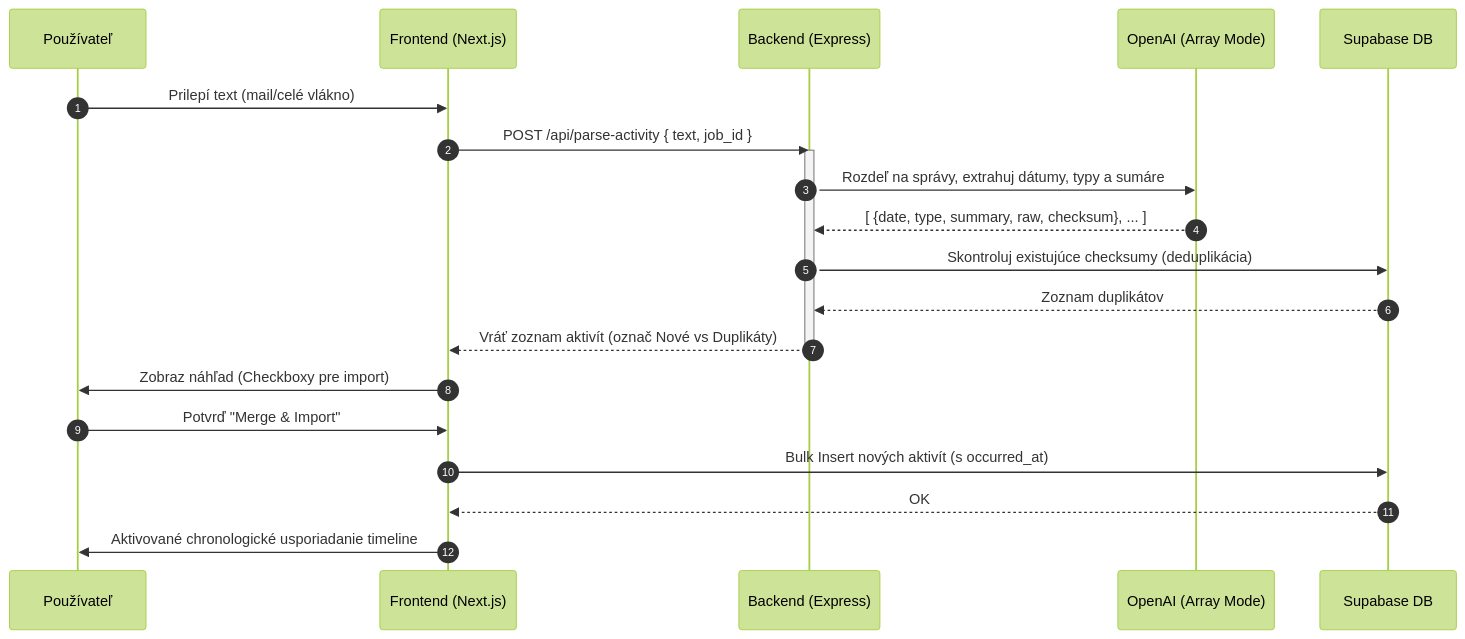
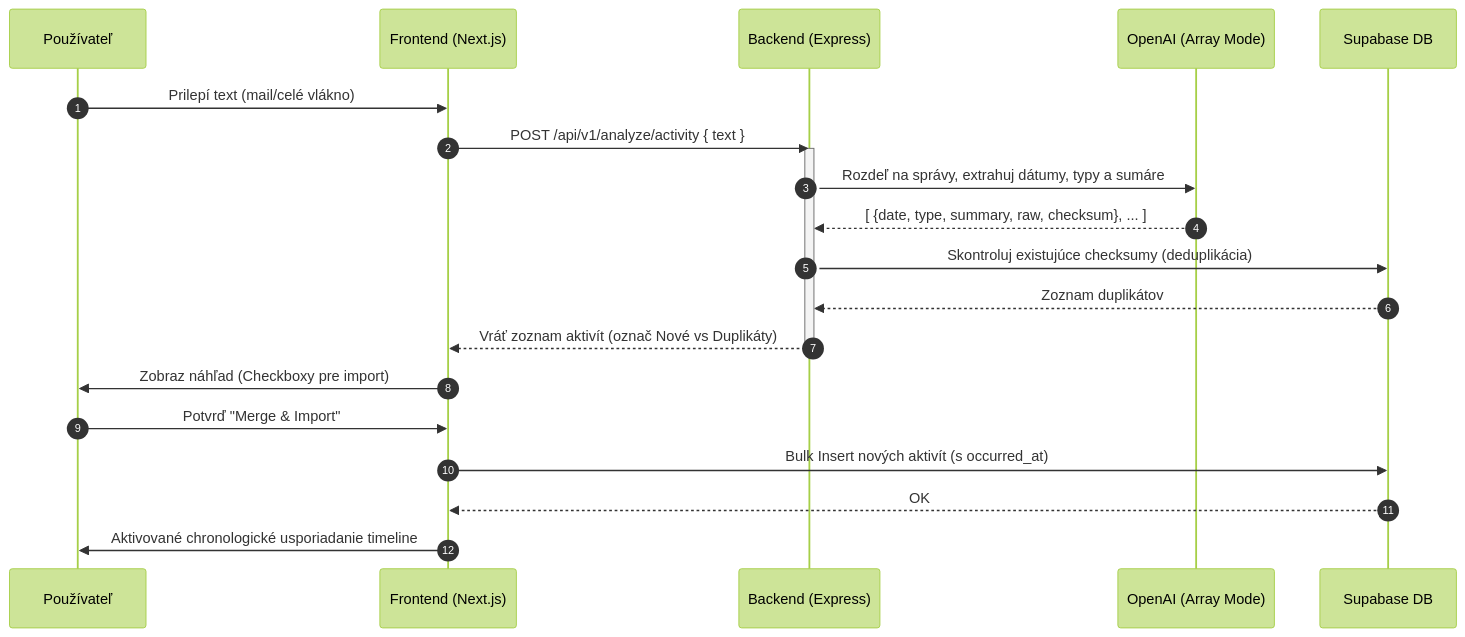
Before and after one commit to piterb/jobhunter: the diagram in docs/diagrams/smart_paste.md, drawn with Mermaid (forest theme). The commit also changed 37 other files, not shown here.

````diff
--- a/docs/diagrams/smart_paste.md
+++ b/docs/diagrams/smart_paste.md
@@ -1,29 +1,29 @@
 ```mermaid
 sequenceDiagram
     autonumber
     participant U as Používateľ
     participant FE as Frontend (Next.js)
     participant BE as Backend (Express)
     participant AI as OpenAI (Array Mode)
     participant DB as Supabase DB
 
     U->>FE: Prilepí text (mail/celé vlákno)
-    FE->>BE: POST /api/parse-activity { text, job_id }
+    FE->>BE: POST /api/v1/analyze/activity { text }
     
     activate BE
     BE->>AI: Rozdeľ na správy, extrahuj dátumy, typy a sumáre
     AI-->>BE: [ {date, type, summary, raw, checksum}, ... ]
     
     BE->>DB: Skontroluj existujúce checksumy (deduplikácia)
     DB-->>BE: Zoznam duplikátov
     
     BE-->>FE: Vráť zoznam aktivít (označ Nové vs Duplikáty)
     deactivate BE
 
     FE->>U: Zobraz náhľad (Checkboxy pre import)
     U->>FE: Potvrď "Merge & Import"
     
     FE->>DB: Bulk Insert nových aktivít (s occurred_at)
     DB-->>FE: OK
     FE->>U: Aktivované chronologické usporiadanie timeline
 ```
````
